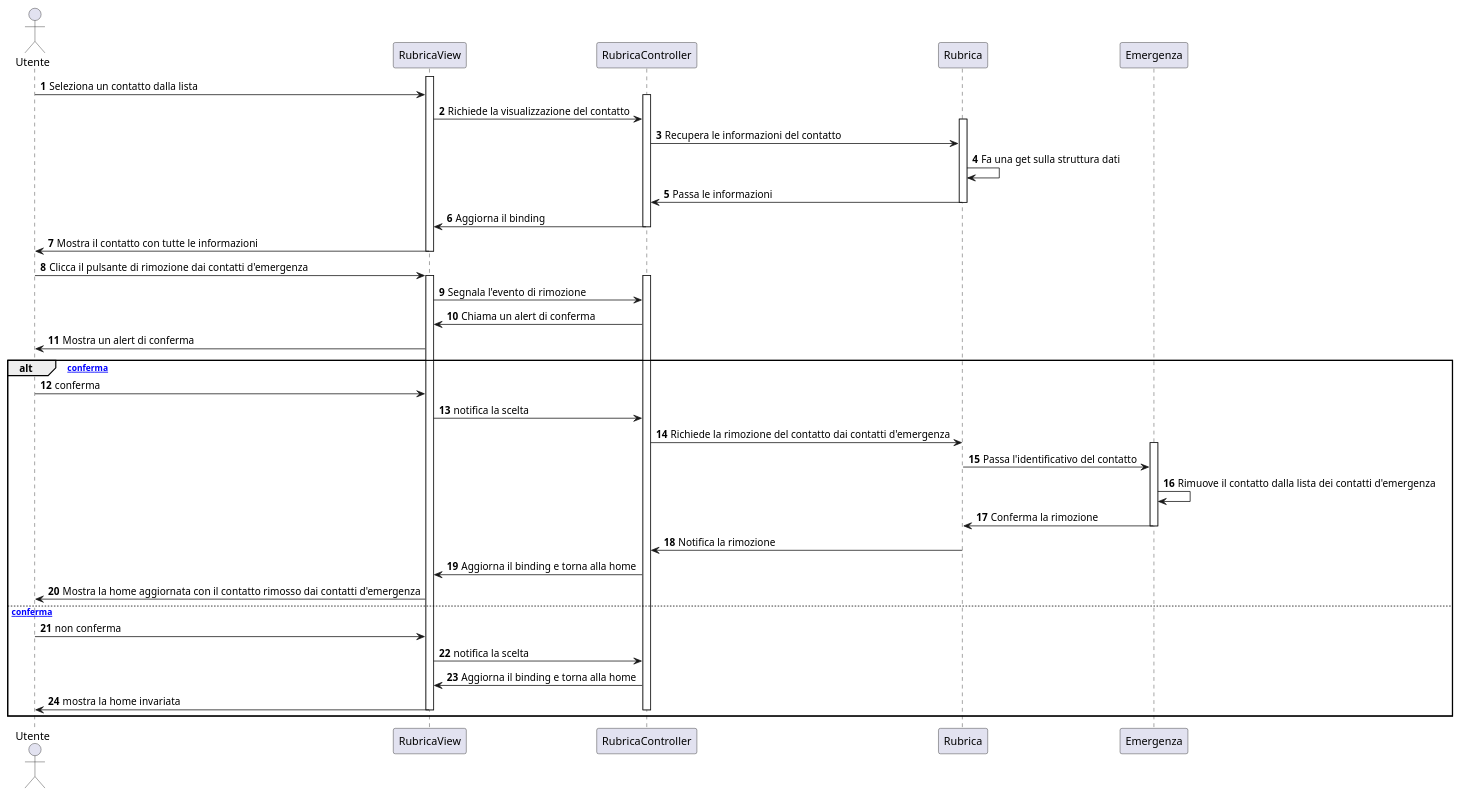
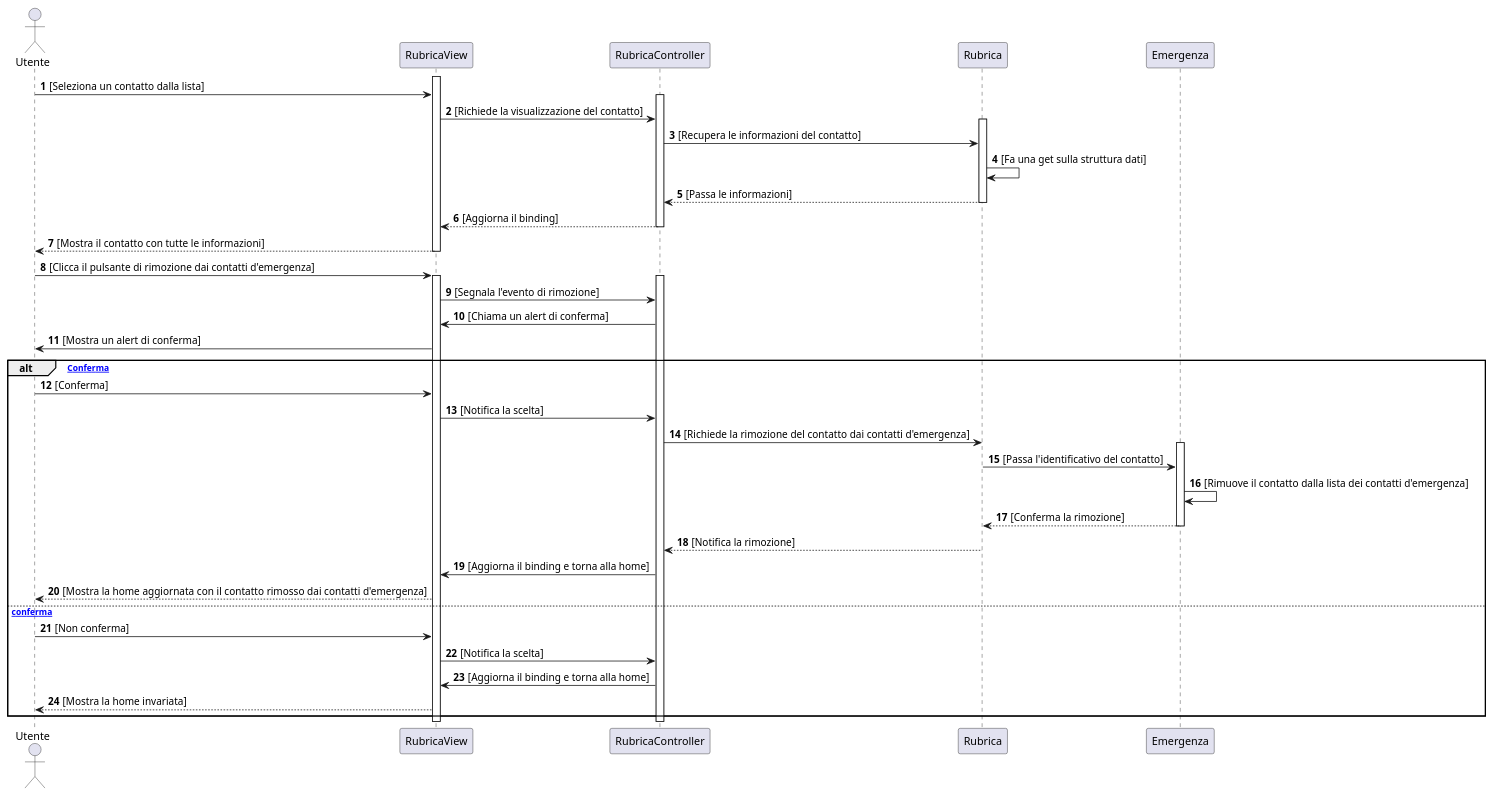
Before and after one commit to emanueletocci/uni-swe-project: the diagram in docs/bozze/Diagrammi/Sequenza/ScenarioRimuoviEmergenza.puml, drawn with PlantUML. The commit also changed 1 other file, not shown here.

```diff
--- a/docs/bozze/Diagrammi/Sequenza/ScenarioRimuoviEmergenza.puml
+++ b/docs/bozze/Diagrammi/Sequenza/ScenarioRimuoviEmergenza.puml
@@ -1,51 +1,52 @@
 @startuml
 autonumber
 actor Utente
 participant RubricaView
 participant RubricaController
 participant Rubrica
 participant Emergenza
 
 activate RubricaView
-Utente->RubricaView : Seleziona un contatto dalla lista
+Utente -> RubricaView : [Seleziona un contatto dalla lista]
 activate RubricaController
-RubricaView->RubricaController : Richiede la visualizzazione del contatto
+RubricaView -> RubricaController : [Richiede la visualizzazione del contatto]
 activate Rubrica
-RubricaController ->Rubrica : Recupera le informazioni del contatto
-Rubrica->Rubrica : Fa una get sulla struttura dati
-Rubrica->RubricaController : Passa le informazioni
+RubricaController -> Rubrica : [Recupera le informazioni del contatto]
+Rubrica -> Rubrica : [Fa una get sulla struttura dati]
+Rubrica --> RubricaController : [Passa le informazioni]
 deactivate Rubrica
-RubricaController->RubricaView : Aggiorna il binding
+RubricaController --> RubricaView : [Aggiorna il binding]
 deactivate RubricaController
-RubricaView->Utente : Mostra il contatto con tutte le informazioni
+RubricaView --> Utente : [Mostra il contatto con tutte le informazioni]
 deactivate RubricaView
 
-Utente->RubricaView : Clicca il pulsante di rimozione dai contatti d'emergenza
+Utente -> RubricaView : [Clicca il pulsante di rimozione dai contatti d'emergenza]
 activate RubricaView
 activate RubricaController
-RubricaView->RubricaController : Segnala l'evento di rimozione
-RubricaController->RubricaView: Chiama un alert di conferma
-RubricaView->Utente: Mostra un alert di conferma
+RubricaView -> RubricaController : [Segnala l'evento di rimozione]
+RubricaController -> RubricaView : [Chiama un alert di conferma]
+RubricaView -> Utente : [Mostra un alert di conferma]
 
-alt [conferma]
-    Utente->RubricaView:conferma
-    RubricaView->RubricaController: notifica la scelta
-    RubricaController->Rubrica : Richiede la rimozione del contatto dai contatti d'emergenza
+alt [Conferma]
+    Utente -> RubricaView : [Conferma]
+    RubricaView -> RubricaController : [Notifica la scelta]
+    RubricaController -> Rubrica : [Richiede la rimozione del contatto dai contatti d'emergenza]
     activate Emergenza
-    Rubrica->Emergenza : Passa l'identificativo del contatto
-    Emergenza->Emergenza : Rimuove il contatto dalla lista dei contatti d'emergenza
-    Emergenza->Rubrica : Conferma la rimozione
+    Rubrica -> Emergenza : [Passa l'identificativo del contatto]
+    Emergenza -> Emergenza : [Rimuove il contatto dalla lista dei contatti d'emergenza]
+    Emergenza --> Rubrica : [Conferma la rimozione]
     deactivate Emergenza
-    Rubrica->RubricaController : Notifica la rimozione
-    RubricaController->RubricaView : Aggiorna il binding e torna alla home
-    RubricaView->Utente : Mostra la home aggiornata con il contatto rimosso dai contatti d'emergenza
-else [non conferma]
-    Utente->RubricaView:non conferma
-    RubricaView->RubricaController: notifica la scelta
-    RubricaController->RubricaView: Aggiorna il binding e torna alla home
-    RubricaView->Utente: mostra la home invariata
-    deactivate RubricaController
-    deactivate RubricaView
+    Rubrica --> RubricaController : [Notifica la rimozione]
+    RubricaController -> RubricaView : [Aggiorna il binding e torna alla home]
+    RubricaView --> Utente : [Mostra la home aggiornata con il contatto rimosso dai contatti d'emergenza]
+else [Non conferma]
+    Utente -> RubricaView : [Non conferma]
+    RubricaView -> RubricaController : [Notifica la scelta]
+    RubricaController -> RubricaView : [Aggiorna il binding e torna alla home]
+    RubricaView --> Utente : [Mostra la home invariata]
 end
 
+deactivate RubricaController
+deactivate RubricaView
+
 @enduml
```
